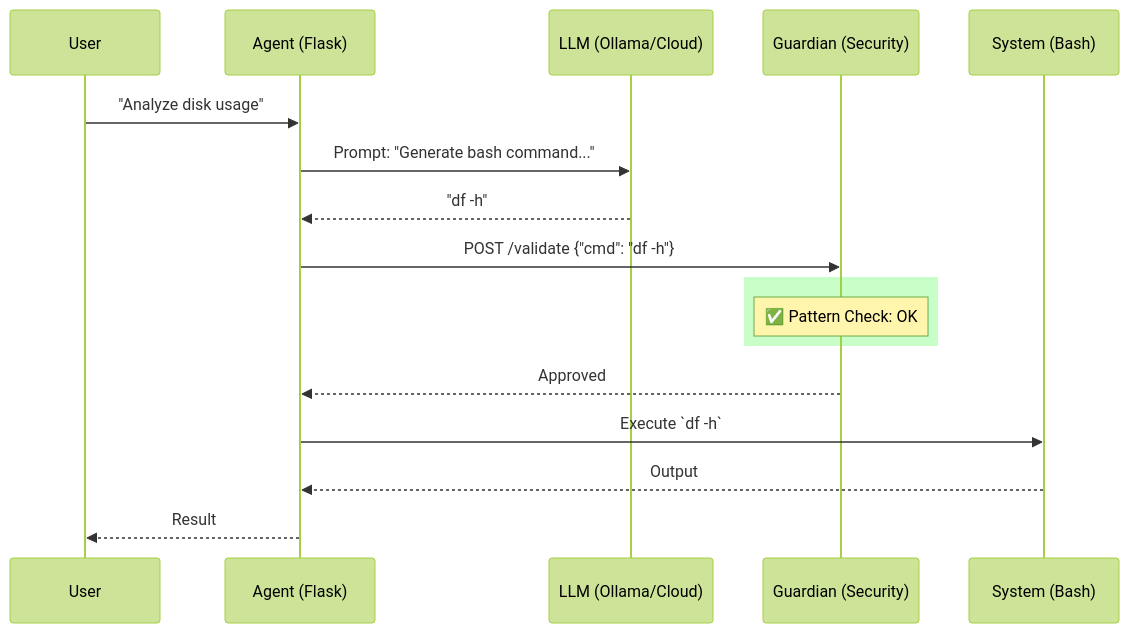
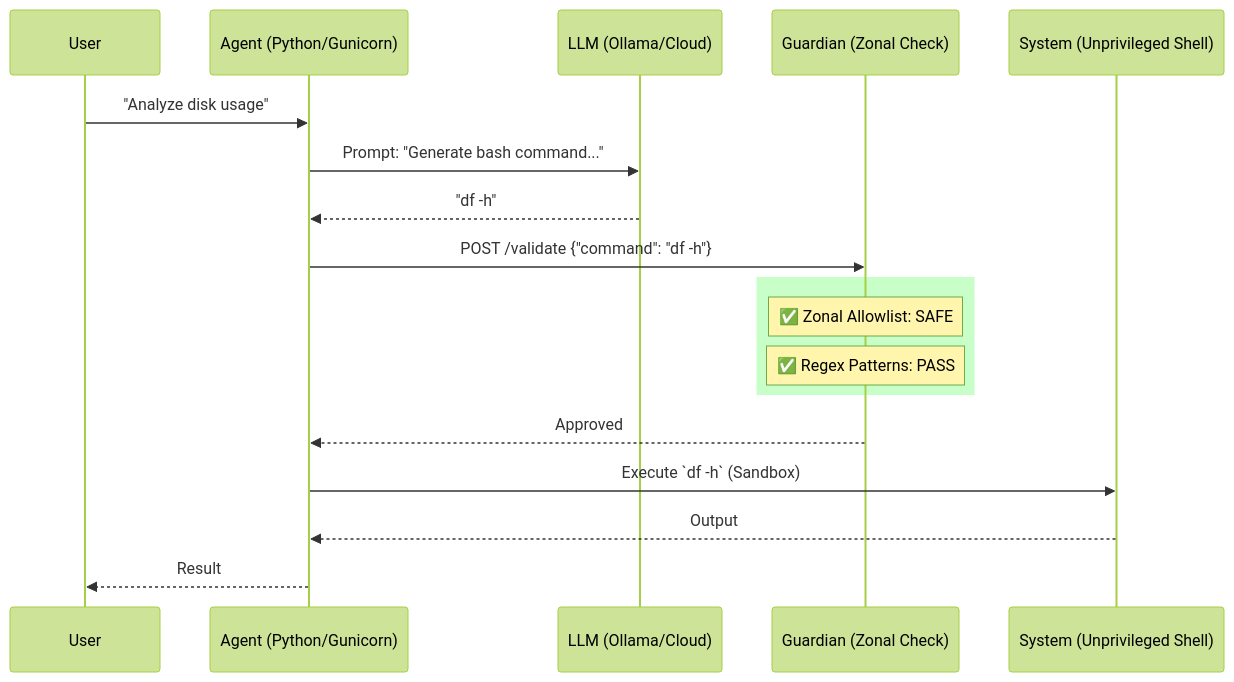
One commit to Lukentony/AI-guardian-lab changed the diagram in README.md. Above: the diagram before and after it, drawn with Mermaid (forest theme). The commit also changed other lines of this file and 25 other files, not shown here.

````diff
--- a/README.md
+++ b/README.md
@@ -39,22 +27,23 @@
 ```mermaid
 sequenceDiagram
     participant U as User
-    participant A as Agent (Flask)
+    participant A as Agent (Python/Gunicorn)
     participant L as LLM (Ollama/Cloud)
-    participant G as Guardian (Security)
-    participant S as System (Bash)
+    participant G as Guardian (Zonal Check)
+    participant S as System (Unprivileged Shell)
 
     U->>A: "Analyze disk usage"
     A->>L: Prompt: "Generate bash command..."
     L-->>A: "df -h"
-    A->>G: POST /validate {"cmd": "df -h"}
+    A->>G: POST /validate {"command": "df -h"}
     
     rect rgb(200, 255, 200)
-        Note over G: ✅ Pattern Check: OK
+        Note over G: ✅ Zonal Allowlist: SAFE
+        Note over G: ✅ Regex Patterns: PASS
     end
     
     G-->>A: Approved
-    A->>S: Execute `df -h`
+    A->>S: Execute `df -h` (Sandbox)
     S-->>A: Output
     A-->>U: Result
 ```
````
